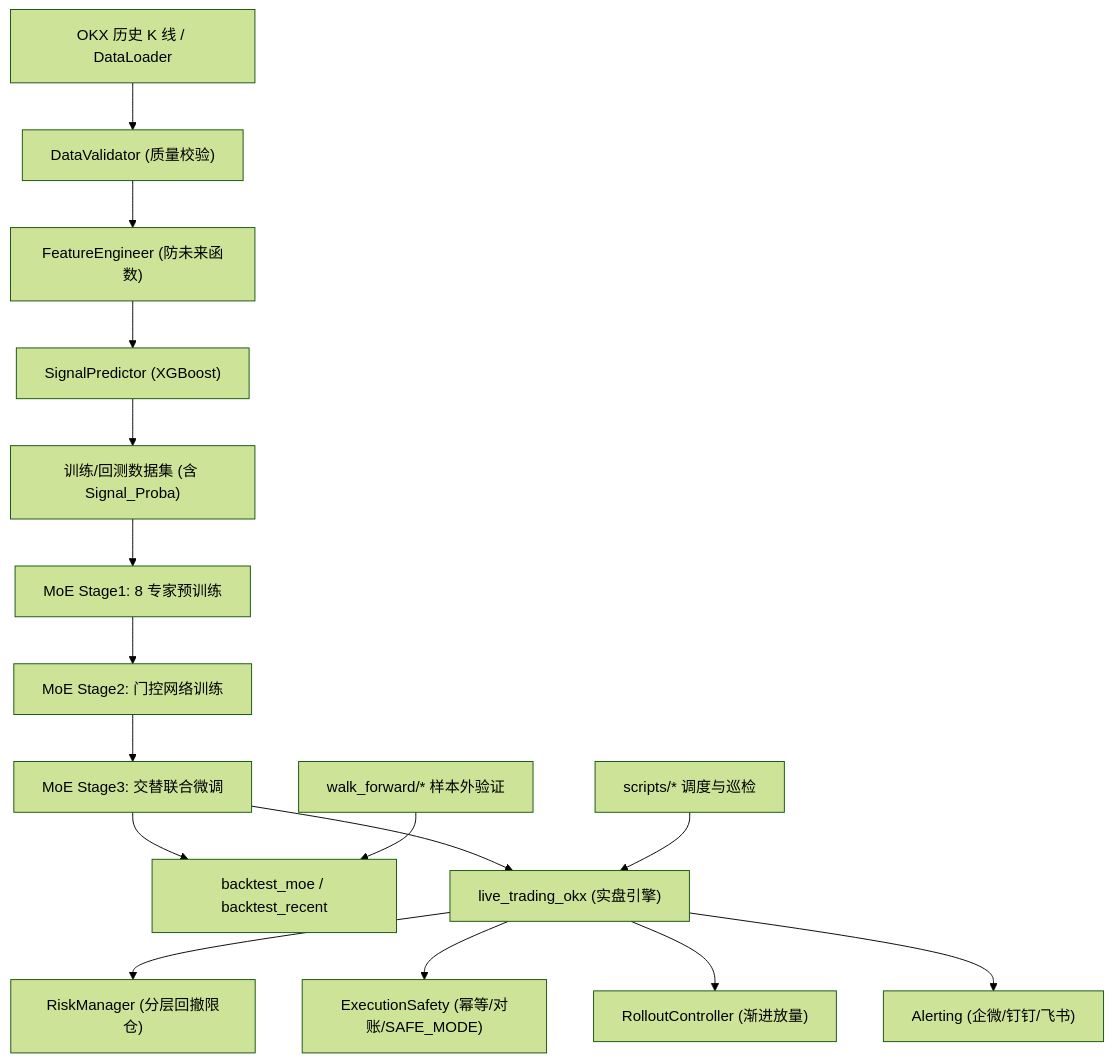
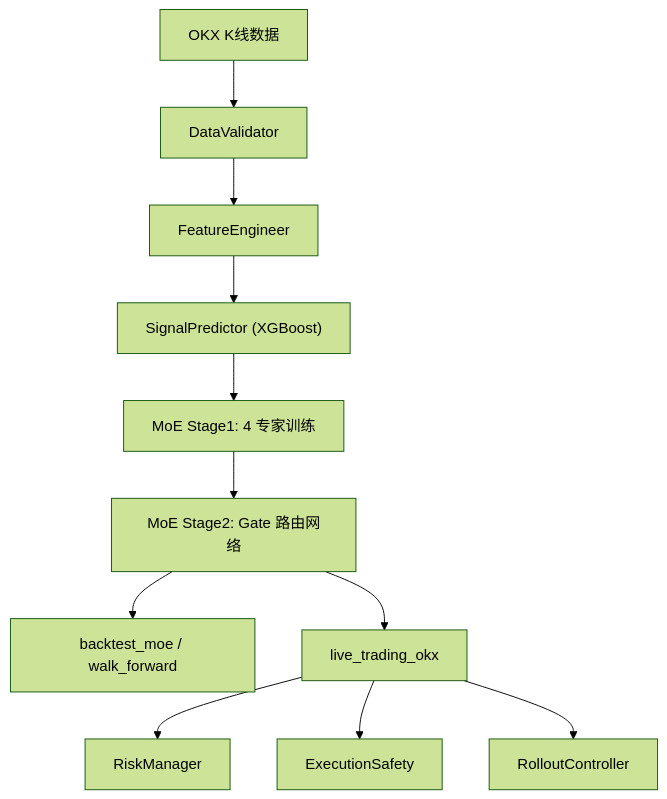
The diagram in README.md (a985783/drl-ensemble-quant-framework), drawn with Mermaid (forest theme) before and after one commit. The commit also changed other lines of this file and 223 other files, not shown here.

````diff
--- a/README.md
+++ b/README.md
@@ -27,22 +27,13 @@
 ```mermaid
 flowchart TD
-    A["OKX 历史 K 线 / DataLoader"] --> B["DataValidator (质量校验)"]
-    B --> C["FeatureEngineer (防未来函数)"]
+    A["OKX K线数据"] --> B["DataValidator"]
+    B --> C["FeatureEngineer"]
     C --> D["SignalPredictor (XGBoost)"]
-    D --> E["训练/回测数据集 (含 Signal_Proba)"]
-
-    E --> F["MoE Stage1: 8 专家预训练"]
-    F --> G["MoE Stage2: 门控网络训练"]
-    G --> H["MoE Stage3: 交替联合微调"]
-
-    H --> I["backtest_moe / backtest_recent"]
-    H --> J["live_trading_okx (实盘引擎)"]
-
-    J --> K["RiskManager (分层回撤限仓)"]
-    J --> L["ExecutionSafety (幂等/对账/SAFE_MODE)"]
-    J --> M["RolloutController (渐进放量)"]
-    J --> N["Alerting (企微/钉钉/飞书)"]
-
-    O["scripts/* 调度与巡检"] --> J
-    P["walk_forward/* 样本外验证"] --> I
+    D --> E["MoE Stage1: 4 专家训练"]
+    E --> F["MoE Stage2: Gate 路由网络"]
+    F --> G["backtest_moe / walk_forward"]
+    F --> H["live_trading_okx"]
+    H --> I["RiskManager"]
+    H --> J["ExecutionSafety"]
+    H --> K["RolloutController"]
 ```
````
